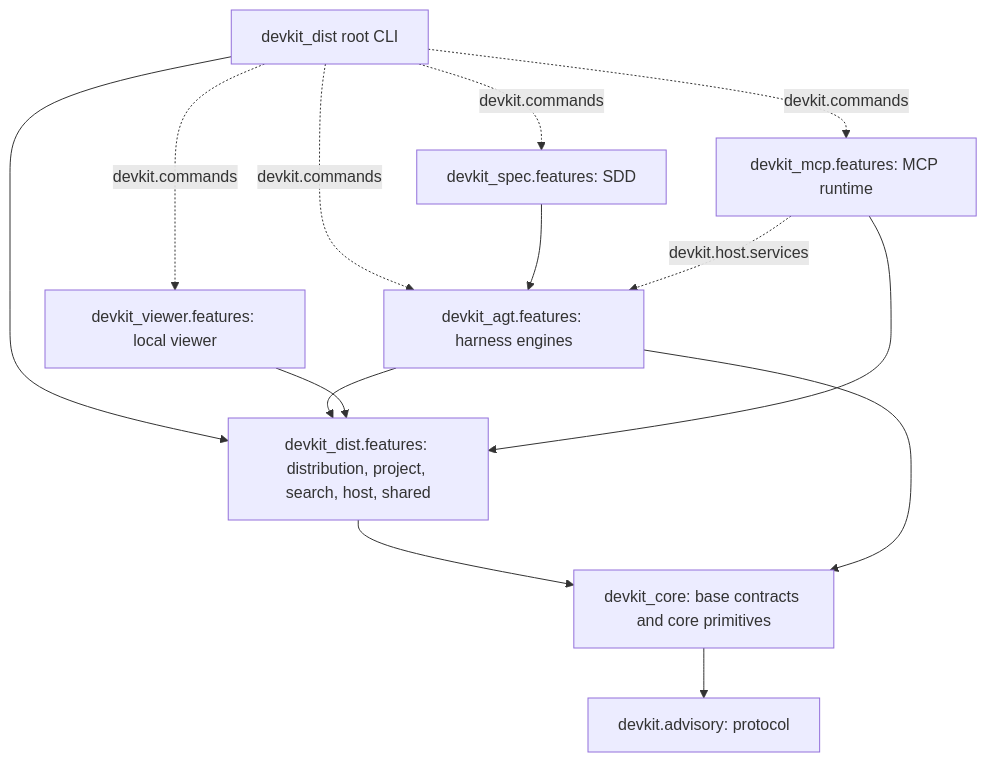
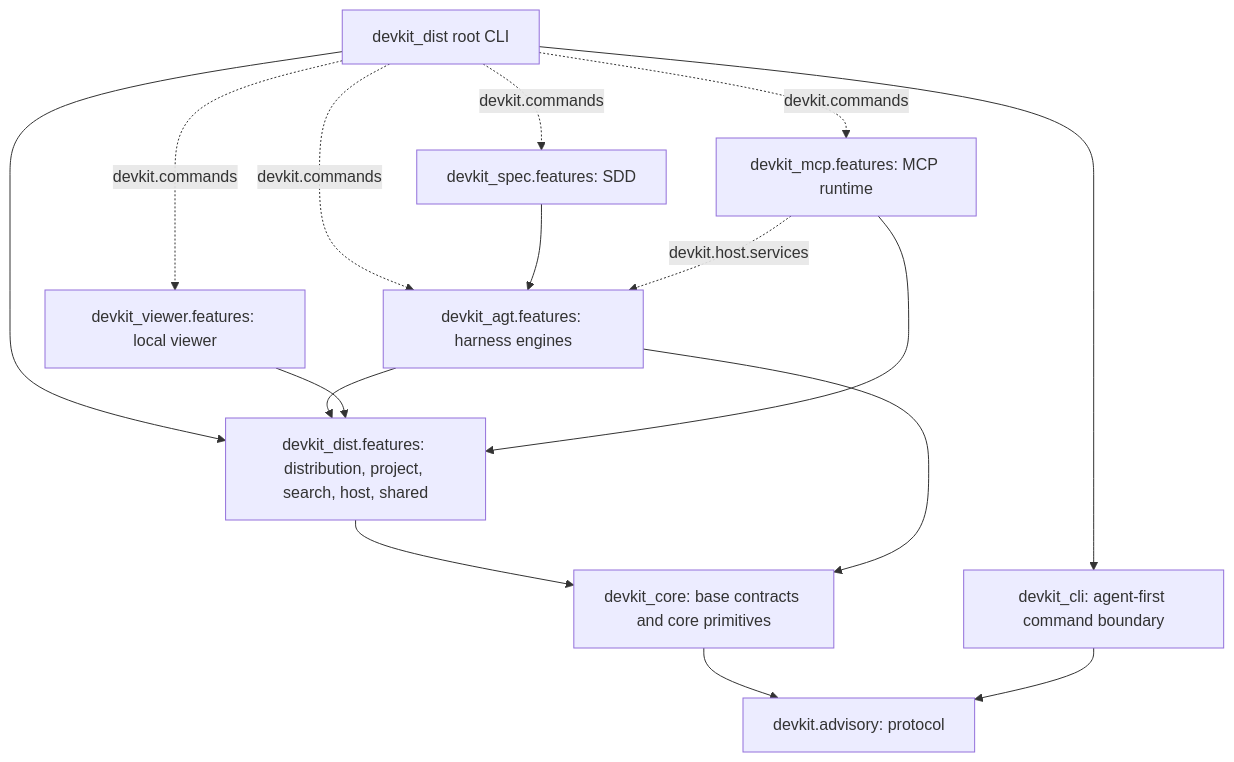
Before and after one commit to mjkimR/devkit: the diagram in docs/architecture/ARCH-05-2-components.md, drawn with Mermaid. The commit also changed other lines of this file and 11 other files, not shown here.

Commit message:
docs: specify the agent-first CLI toolkit and its place in the architecture

````diff
--- a/docs/architecture/ARCH-05-2-components.md
+++ b/docs/architecture/ARCH-05-2-components.md
@@ -23,24 +23,27 @@
 ```mermaid
 graph TD
     CLI["devkit_dist root CLI"]
     Agt["devkit_agt.features: harness engines"]
     Spec["devkit_spec.features: SDD"]
     Viewer["devkit_viewer.features: local viewer"]
     Mcp["devkit_mcp.features: MCP runtime"]
     Dist["devkit_dist.features: distribution, project, search, host, shared"]
     Core["devkit_core: base contracts and core primitives"]
     Advisory["devkit.advisory: protocol"]
+    Toolkit["devkit_cli: agent-first command boundary"]
     CLI --> Dist
+    CLI --> Toolkit
     CLI -.->|devkit.commands| Agt
     CLI -.->|devkit.commands| Spec
     CLI -.->|devkit.commands| Viewer
     CLI -.->|devkit.commands| Mcp
     Spec --> Agt
     Agt --> Dist
     Viewer --> Dist
     Mcp --> Dist
     Dist --> Core
     Agt --> Core
     Core --> Advisory
+    Toolkit --> Advisory
     Mcp -.->|devkit.host.services| Agt
 ```
````
